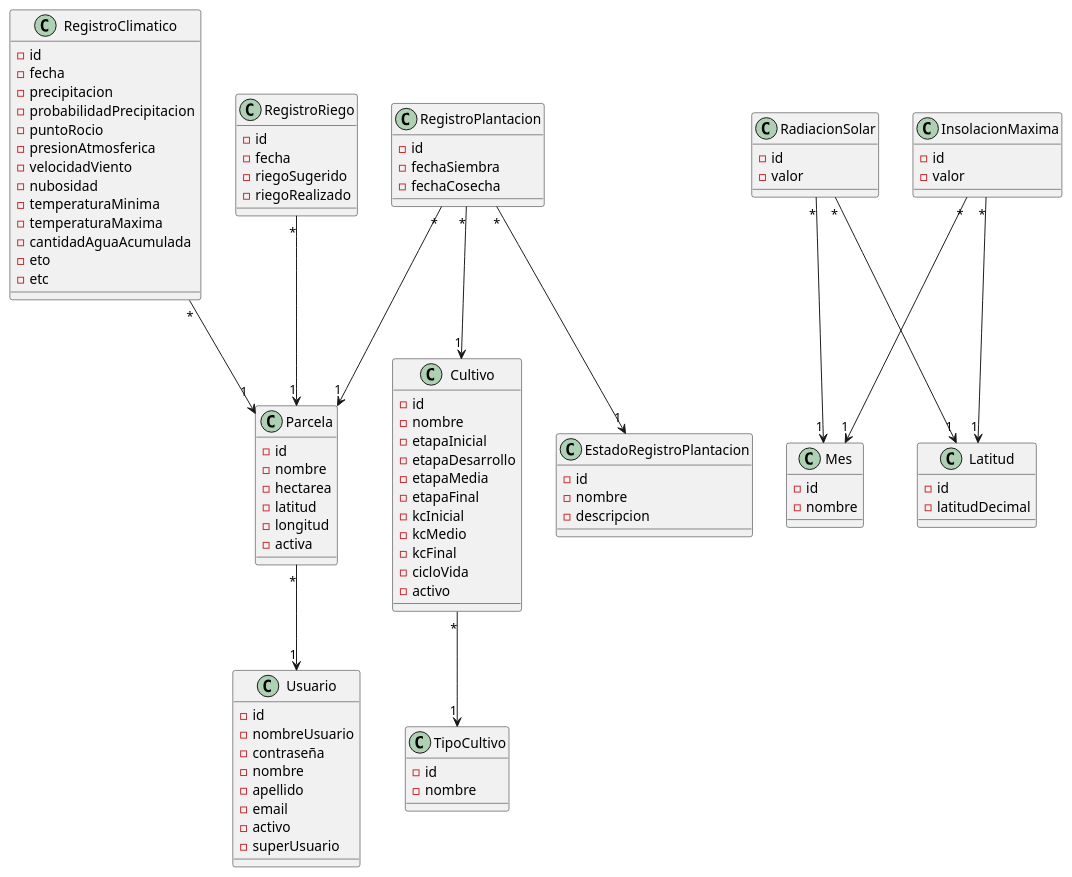
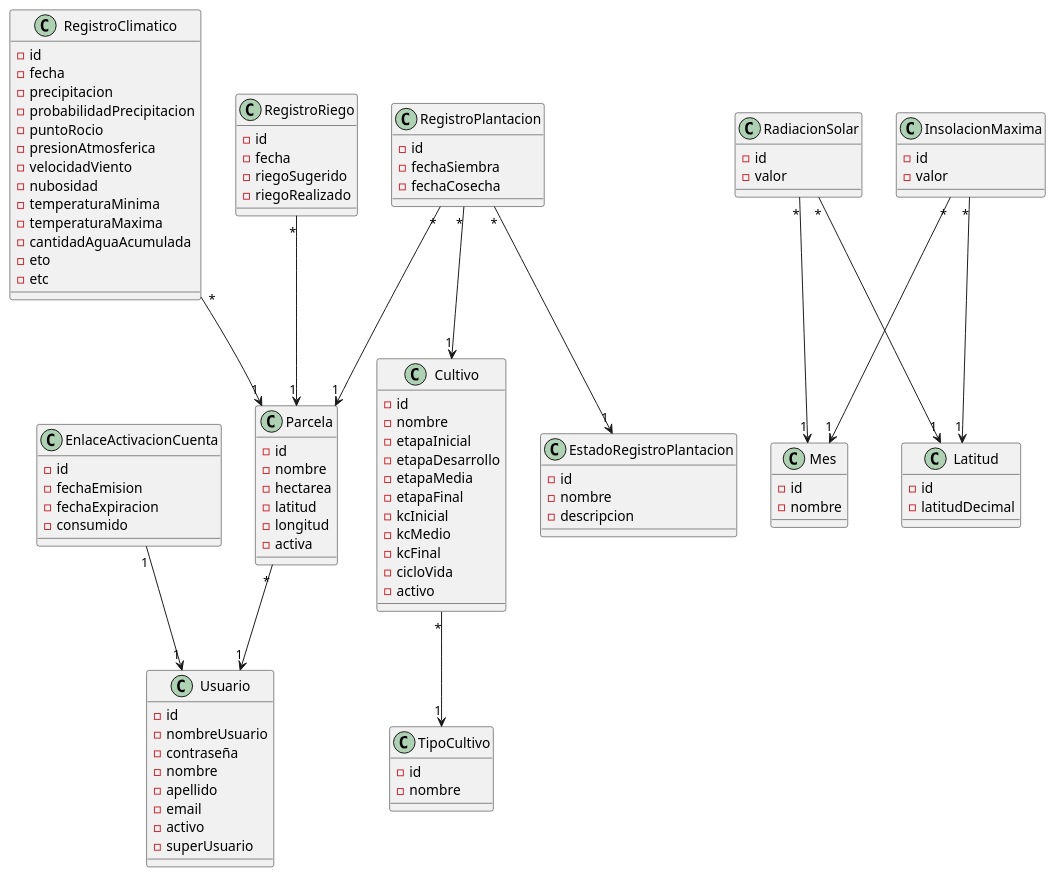
The diagram in domain model/Modelo de dominio.pu (facundopaez-dev/sistema-web-riego), drawn with PlantUML before and after one commit. The commit also changed 23 other files, not shown here.

```diff
--- a/domain model/Modelo de dominio.pu
+++ b/domain model/Modelo de dominio.pu
@@ -1,109 +1,117 @@
 @startuml
 
 Parcela "*"-->"1" Usuario
 RegistroClimatico "*"-->"1" Parcela
 RegistroRiego "*"-->"1" Parcela
 RegistroPlantacion "*"-->"1" Parcela
 RegistroPlantacion "*"-->"1" Cultivo
 RegistroPlantacion "*"-->"1" EstadoRegistroPlantacion
 RadiacionSolar "*"-->"1" Mes
 RadiacionSolar "*"-->"1" Latitud
 InsolacionMaxima "*"-->"1" Mes
 InsolacionMaxima "*"-->"1" Latitud
 Cultivo "*"-->"1" TipoCultivo
+EnlaceActivacionCuenta "1" --> "1" Usuario
 
 class Parcela {
 -id
 -nombre
 -hectarea
 -latitud
 -longitud
 -activa
 }
 
 class Cultivo {
 -id
 -nombre
 -etapaInicial
 -etapaDesarrollo
 -etapaMedia
 -etapaFinal
 -kcInicial
 -kcMedio
 -kcFinal
 -cicloVida
 -activo
 }
 
 class TipoCultivo {
 -id
 -nombre
 }
 
 class RegistroClimatico {
 -id
 -fecha
 -precipitacion
 -probabilidadPrecipitacion
 -puntoRocio
 -presionAtmosferica
 -velocidadViento
 -nubosidad
 -temperaturaMinima
 -temperaturaMaxima
 -cantidadAguaAcumulada
 -eto
 -etc
 }
 
 class RegistroPlantacion {
 -id
 -fechaSiembra
 -fechaCosecha
 }
 
 class RegistroRiego {
 -id
 -fecha
 -riegoSugerido
 -riegoRealizado
 }
 
 class Usuario {
 -id
 -nombreUsuario
 -contraseña
 -nombre
 -apellido
 -email
 -activo
 -superUsuario
 }
 
 class EstadoRegistroPlantacion {
 -id
 -nombre
 -descripcion
 }
 
 class Mes {
 -id
 -nombre
 }
 
 class Latitud {
 -id
 -latitudDecimal
 }
 
 class RadiacionSolar {
 -id
 -valor
 }
 
 class InsolacionMaxima {
 -id
 -valor
 }
 
+class EnlaceActivacionCuenta {
+-id
+-fechaEmision
+-fechaExpiracion
+-consumido
+}
+
 @enduml
```
